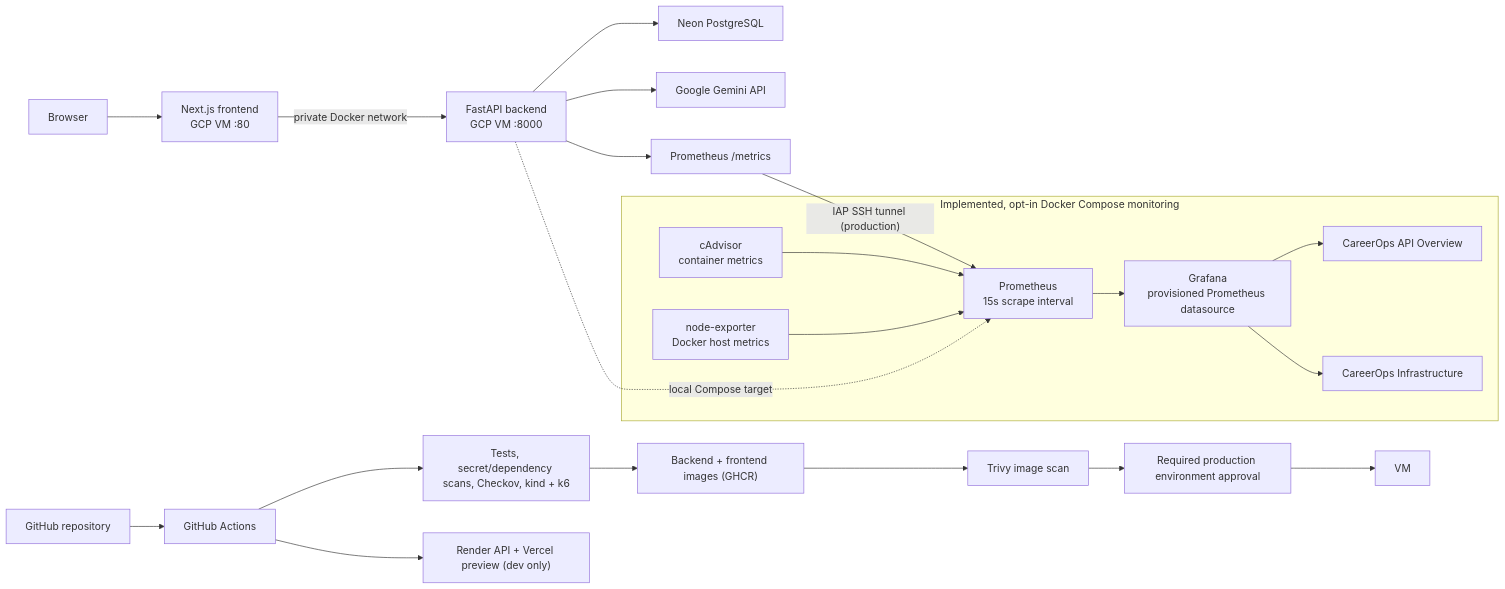
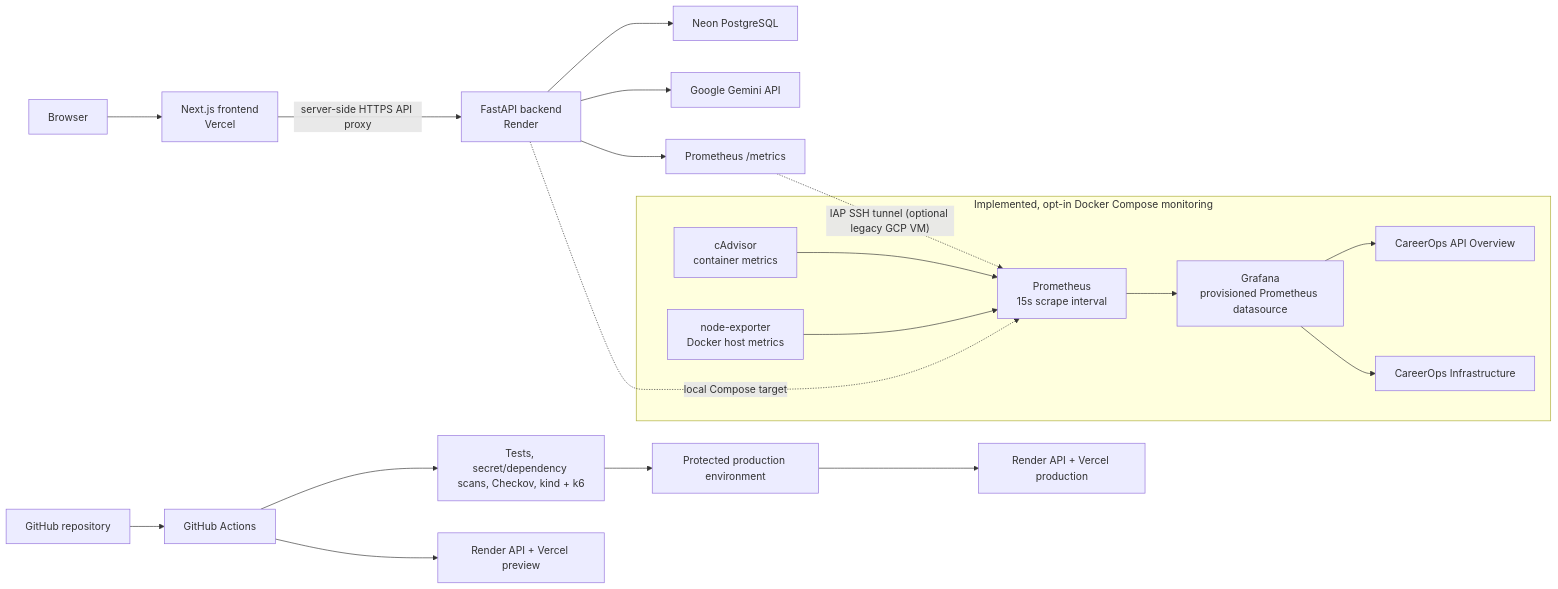
One commit to Ssaiyajin/careerops changed the diagram in README.md. Above: the diagram before and after it, drawn with Mermaid. The commit also changed other lines of this file and 8 other files, not shown here.

Commit message:
Use Render and Vercel for main deployment

````diff
--- a/README.md
+++ b/README.md
@@ -76,32 +93,30 @@
 ```mermaid
 flowchart LR
-    Browser --> Frontend["Next.js frontend<br/>GCP VM :80"]
-    Frontend -->|"private Docker network"| API["FastAPI backend<br/>GCP VM :8000"]
+    Browser --> Frontend["Next.js frontend<br/>Vercel"]
+    Frontend -->|"server-side HTTPS API proxy"| API["FastAPI backend<br/>Render"]
     API --> Database["Neon PostgreSQL"]
     API --> Gemini["Google Gemini API"]
     API --> Metrics["Prometheus /metrics"]
 
     subgraph Monitoring["Implemented, opt-in Docker Compose monitoring"]
         Prometheus["Prometheus<br/>15s scrape interval"]
         Grafana["Grafana<br/>provisioned Prometheus datasource"]
         CAdvisor["cAdvisor<br/>container metrics"]
         NodeExporter["node-exporter<br/>Docker host metrics"]
         ApiDashboard["CareerOps API Overview"]
         InfraDashboard["CareerOps Infrastructure"]
         CAdvisor --> Prometheus
         NodeExporter --> Prometheus
         Prometheus --> Grafana
         Grafana --> ApiDashboard
         Grafana --> InfraDashboard
     end
-    Metrics -->|"IAP SSH tunnel (production)"| Prometheus
+    Metrics -. "IAP SSH tunnel (optional legacy GCP VM)" .-> Prometheus
     API -. "local Compose target" .-> Prometheus
 
     Repo["GitHub repository"] --> Actions["GitHub Actions"]
     Actions --> Checks["Tests, secret/dependency scans, Checkov, kind + k6"]
-    Checks --> Images["Backend + frontend images (GHCR)"]
-    Images --> Scan["Trivy image scan"]
-    Scan --> Approval["Required production environment approval"]
-    Approval --> VM
-    Actions --> Dev["Render API + Vercel preview (dev only)"]
+    Checks --> Approval["Protected production environment"]
+    Approval --> Production["Render API + Vercel production"]
+    Actions --> Dev["Render API + Vercel preview"]
 ```
````
